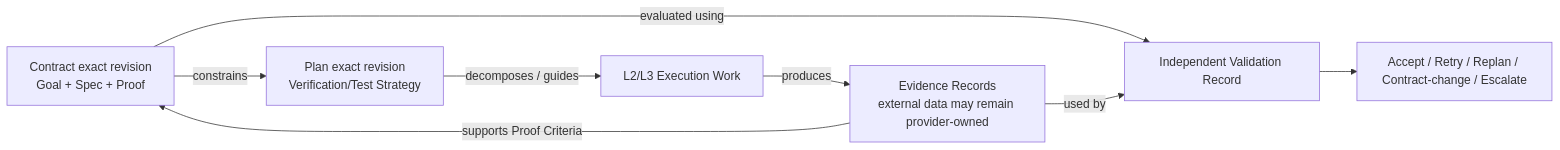
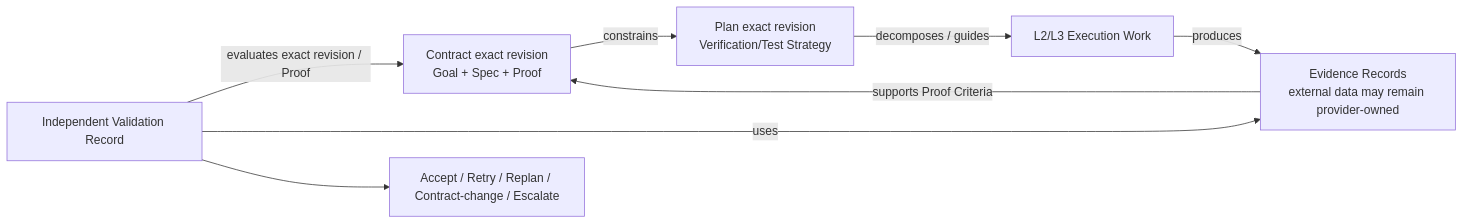
Before and after one commit to jbrauhn/agentic-engineering-system: the second of 4 diagrams in L1-C_DOMAIN_RELATIONSHIP_VIEW.md, drawn with Mermaid. The commit also changed other lines of this file, not shown here.

````diff
--- a/L1-C_DOMAIN_RELATIONSHIP_VIEW.md
+++ b/L1-C_DOMAIN_RELATIONSHIP_VIEW.md
@@ -101,17 +103,17 @@
 ```mermaid
 flowchart LR
     C["Contract exact revision\nGoal + Spec + Proof"]
     P["Plan exact revision\nVerification/Test Strategy"]
     W["L2/L3 Execution Work"]
     E["Evidence Records\nexternal data may remain provider-owned"]
     V["Independent Validation Record"]
     R["Accept / Retry / Replan / Contract-change / Escalate"]
 
     C -->|constrains| P
     P -->|decomposes / guides| W
     W -->|produces| E
     E -->|supports Proof Criteria| C
-    C -->|evaluated using| V
-    E -->|used by| V
+    V -->|evaluates exact revision / Proof| C
+    V -->|uses| E
     V --> R
 ```
````
